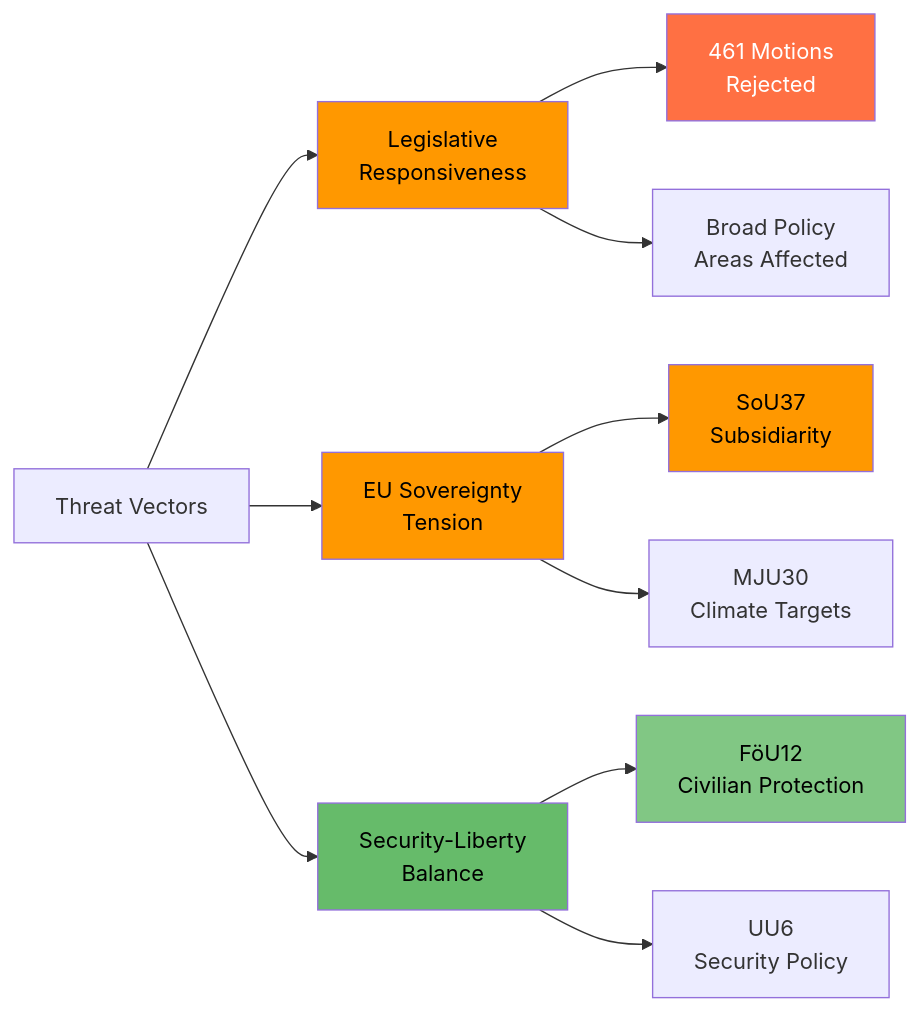
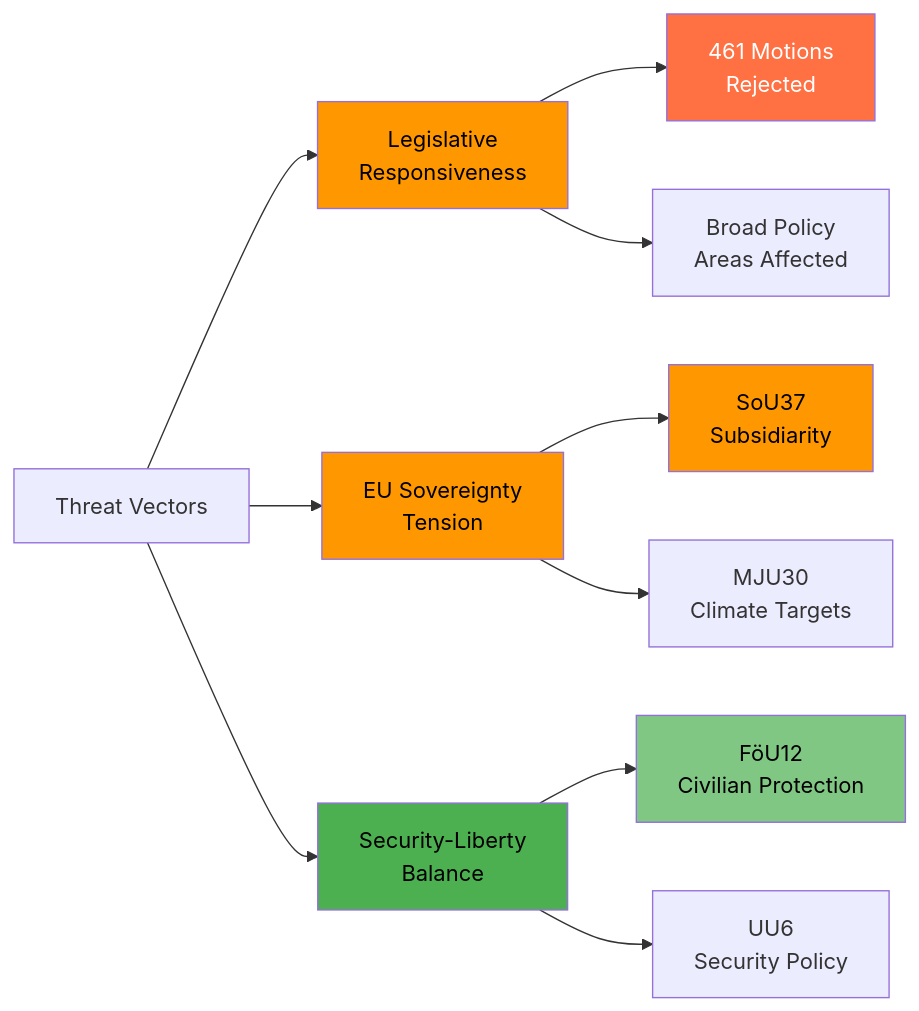
Before and after one commit to Hack23/riksdagsmonitor: the diagram in analysis/daily/2026-04-08/committeeReports/threat-analysis.md, drawn with Mermaid. The commit also changed 121 other files, not shown here.

````diff
--- a/analysis/daily/2026-04-08/committeeReports/threat-analysis.md
+++ b/analysis/daily/2026-04-08/committeeReports/threat-analysis.md
@@ -43,22 +43,22 @@
 ```mermaid
 flowchart LR
     A[Threat Vectors] --> B[Legislative<br/>Responsiveness]
     A --> C[EU Sovereignty<br/>Tension]
     A --> D[Security-Liberty<br/>Balance]
     
     B --> B1[461 Motions<br/>Rejected]
     B --> B2[Broad Policy<br/>Areas Affected]
     
     C --> C1[SoU37<br/>Subsidiarity]
     C --> C2[MJU30<br/>Climate Targets]
     
     D --> D1[FöU12<br/>Civilian Protection]
     D --> D2[UU6<br/>Security Policy]
     
     style B fill:#FF9800,color:#000000
     style C fill:#FF9800,color:#000000
-    style D fill:#66bb6a,color:#000000
+    style D fill:#4CAF50,color:#000000
     style B1 fill:#ff7043,color:#FFFFFF
     style C1 fill:#FF9800,color:#000000
-    style D1 fill:#81c784,color:#000000
+    style D1 fill:#81C784,color:#000000
 ```
````
